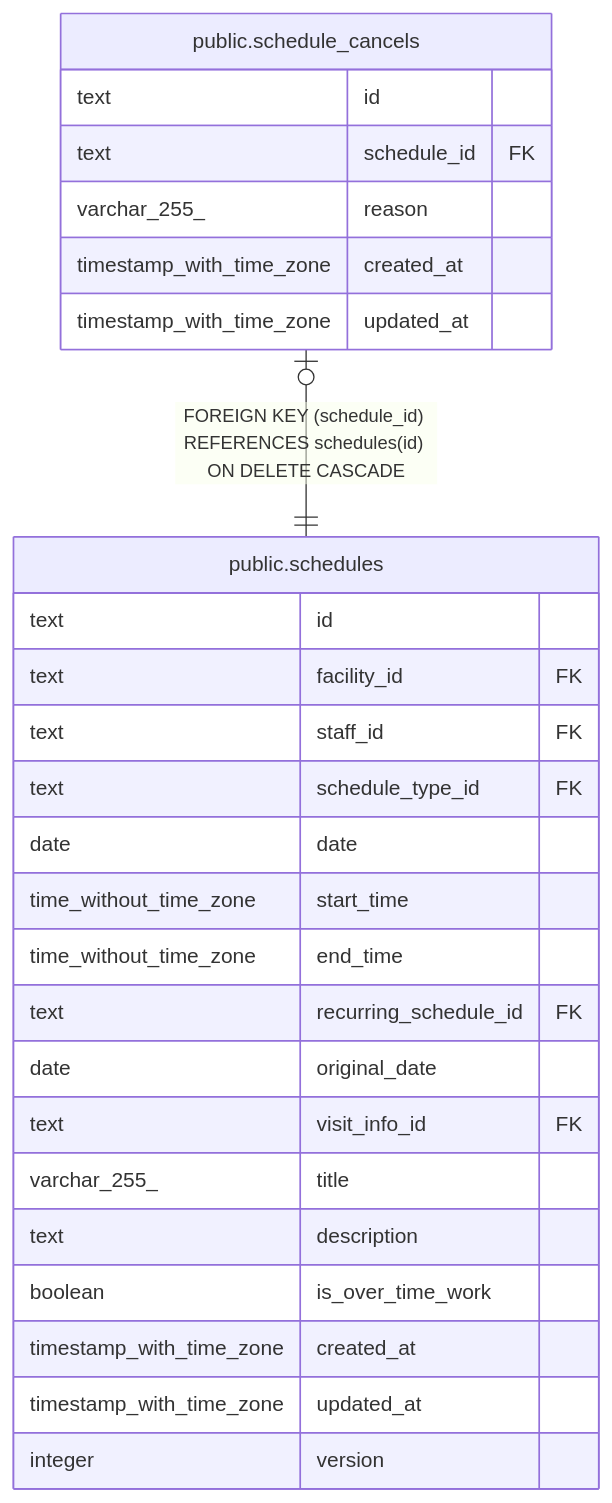
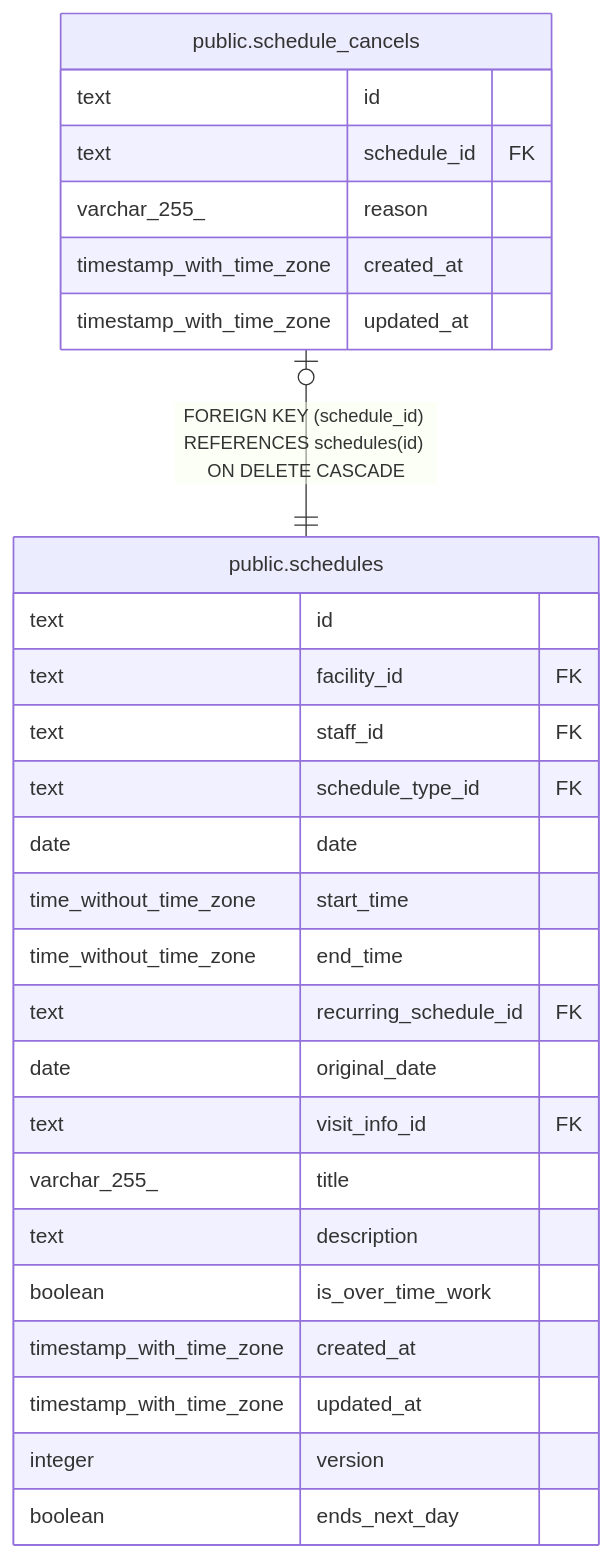
Before and after one commit to Fukuemon/buddy: the diagram in docs/db/schedule/public.schedule_cancels.md, drawn with Mermaid. The commit also changed 22 other files, not shown here.

````diff
--- a/docs/db/schedule/public.schedule_cancels.md
+++ b/docs/db/schedule/public.schedule_cancels.md
@@ -52,31 +52,32 @@
 ```mermaid
 erDiagram
 
 "public.schedule_cancels" |o--|| "public.schedules" : "FOREIGN KEY (schedule_id) REFERENCES schedules(id) ON DELETE CASCADE"
 
 "public.schedule_cancels" {
   text id
   text schedule_id FK
   varchar_255_ reason
   timestamp_with_time_zone created_at
   timestamp_with_time_zone updated_at
 }
 "public.schedules" {
   text id
   text facility_id FK
   text staff_id FK
   text schedule_type_id FK
   date date
   time_without_time_zone start_time
   time_without_time_zone end_time
   text recurring_schedule_id FK
   date original_date
   text visit_info_id FK
   varchar_255_ title
   text description
   boolean is_over_time_work
   timestamp_with_time_zone created_at
   timestamp_with_time_zone updated_at
   integer version
+  boolean ends_next_day
 }
 ```
````
